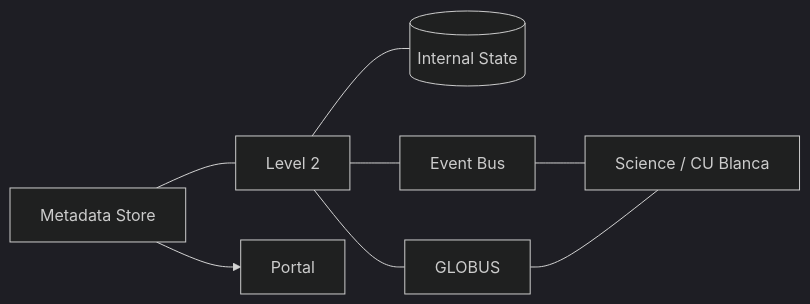
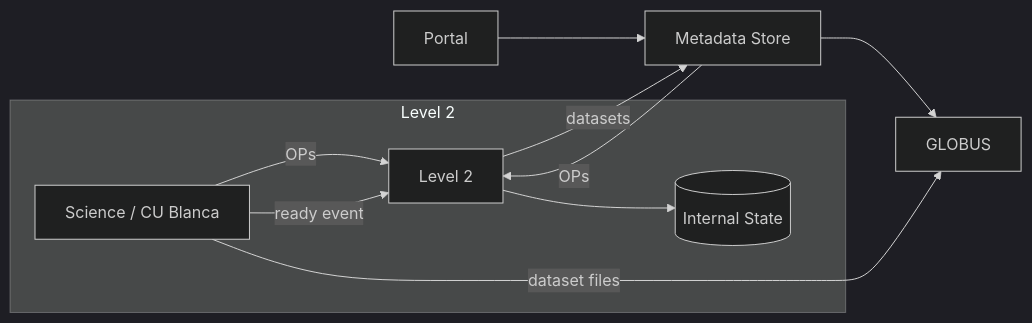
One commit to DKISTDC/level2 changed the first of 3 diagrams in README.md. Above: the diagram before and after it, drawn with Mermaid (dark theme). The commit also changed other lines of this file and 1 other file, not shown here.

````diff
--- a/README.md
+++ b/README.md
@@ -25,17 +28,23 @@
 ```mermaid
 graph LR;
     L2[Level 2]
     State[(Internal State)]
     Meta[Metadata Store]
-    Events[Event Bus]
     Globus[GLOBUS]
     Sci[Science / CU Blanca]
 
-    Meta --> Portal
-    Meta --- L2
-    L2 --- State
-    L2 --- Events
-    L2 --- Globus
-    Events --- Sci
-    Globus --- Sci
+    subgraph Level 2
+      L2
+      L2 --> State
+      State
+      Sci --> |OPs| L2
+      Sci --> |ready event| L2
+    end
+
+    Meta --> |OPs| L2
+    Portal --> Meta
+    L2 --> |datasets| Meta
+    Meta --> Globus
+    Sci --> |dataset files| Globus
+
 ```
````
